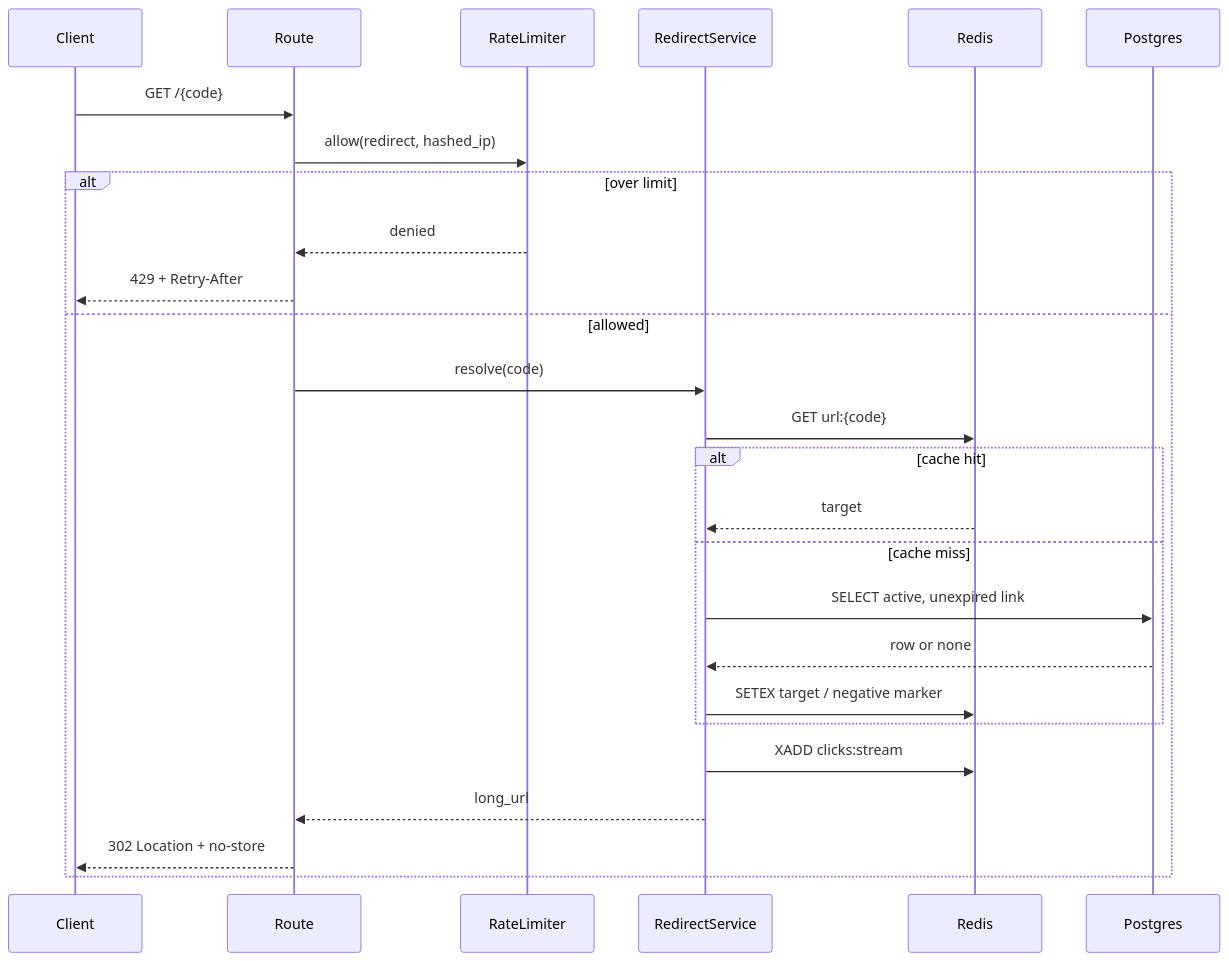
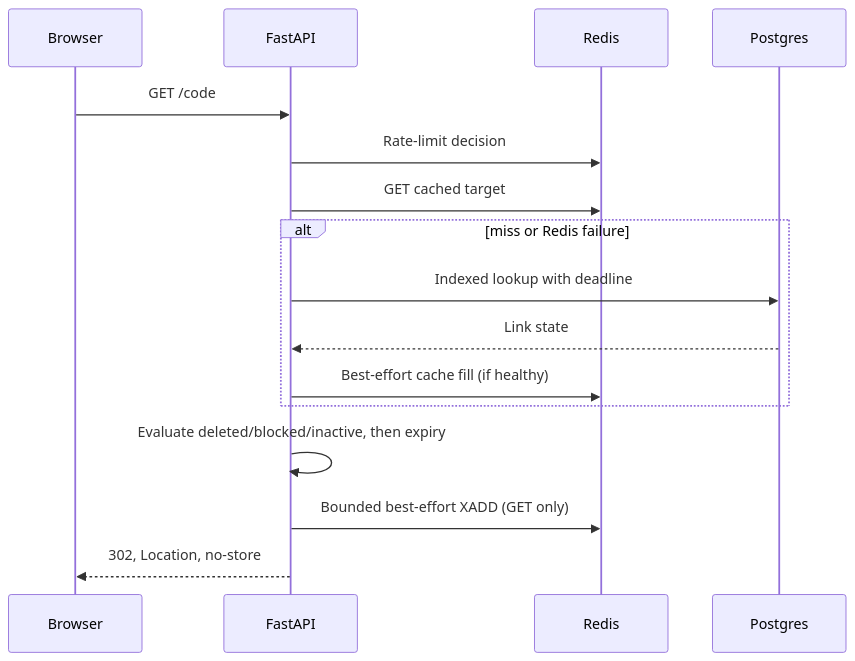
The second of 2 diagrams in docs/backend/architecture.md (sarankumar1325/url-shortner), drawn with Mermaid before and after one commit. The commit also changed other lines of this file and 20 other files, not shown here.

````diff
--- a/docs/backend/architecture.md
+++ b/docs/backend/architecture.md
@@ -199,28 +63,18 @@
 ```mermaid
 sequenceDiagram
-    participant C as Client
-    participant R as Route
-    participant L as RateLimiter
-    participant S as RedirectService
-    participant K as Redis
+    participant C as Browser
+    participant A as FastAPI
+    participant R as Redis
     participant D as Postgres
-    C->>R: GET /{code}
-    R->>L: allow(redirect, hashed_ip)
-    alt over limit
-        L-->>R: denied
-        R-->>C: 429 + Retry-After
-    else allowed
-        R->>S: resolve(code)
-        S->>K: GET url:{code}
-        alt cache hit
-            K-->>S: target
-        else cache miss
-            S->>D: SELECT active, unexpired link
-            D-->>S: row or none
-            S->>K: SETEX target / negative marker
-        end
-        S->>K: XADD clicks:stream
-        S-->>R: long_url
-        R-->>C: 302 Location + no-store
+    C->>A: GET /code
+    A->>R: Rate-limit decision
+    A->>R: GET cached target
+    alt miss or Redis failure
+        A->>D: Indexed lookup with deadline
+        D-->>A: Link state
+        A->>R: Best-effort cache fill (if healthy)
     end
+    A->>A: Evaluate deleted/blocked/inactive, then expiry
+    A->>R: Bounded best-effort XADD (GET only)
+    A-->>C: 302, Location, no-store
 ```
````
